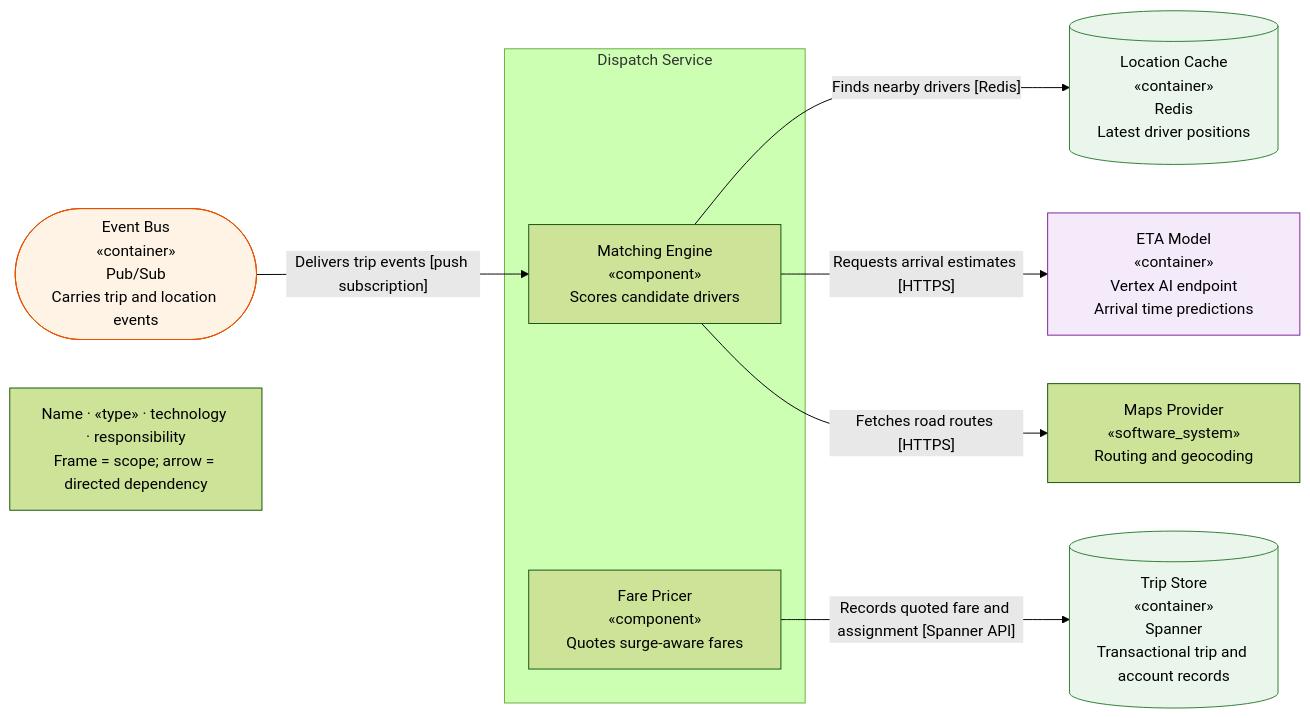
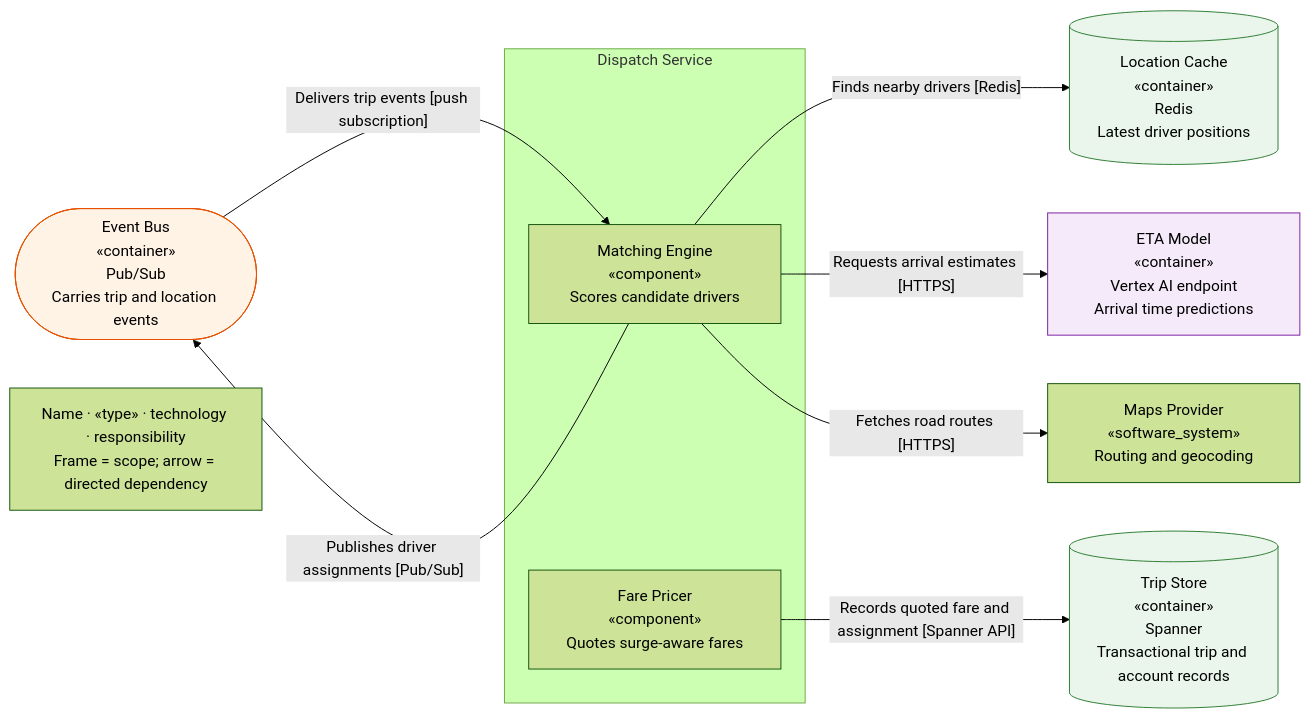
One commit to tyler59simon/architecture-suite-plugin changed the diagram in examples/ride-dispatch/diagrams/03-components/component-dispatch-service.mmd. Above: the diagram before and after it, drawn with Mermaid (forest theme). The commit also changed 42 other files, not shown here.

```diff
--- a/examples/ride-dispatch/diagrams/03-components/component-dispatch-service.mmd
+++ b/examples/ride-dispatch/diagrams/03-components/component-dispatch-service.mmd
@@ -1,21 +1,22 @@
 %% Architecture Suite schema 2.0; portable layout is independent of ELK
 flowchart LR
   n0["Maps Provider#10;«software_system»#10;Routing and geocoding"]
   n1(["Event Bus#10;«container»#10;Pub/Sub#10;Carries trip and location events"])
   style n1 fill:#fff3e6,stroke:#e65100
   n2[("Trip Store#10;«container»#10;Spanner#10;Transactional trip and account records")]
   style n2 fill:#eaf6ec,stroke:#2e7d32
   n3[("Location Cache#10;«container»#10;Redis#10;Latest driver positions")]
   style n3 fill:#eaf6ec,stroke:#2e7d32
   n4["ETA Model#10;«container»#10;Vertex AI endpoint#10;Arrival time predictions"]
   style n4 fill:#f5eafa,stroke:#7b1fa2
   subgraph n5["Dispatch Service"]
     n6["Matching Engine#10;«component»#10;Scores candidate drivers"]
     n7["Fare Pricer#10;«component»#10;Quotes surge-aware fares"]
   end
   n1 -->|"Delivers trip events #91;push subscription#93;"| n6
   n6 -->|"Finds nearby drivers #91;Redis#93;"| n3
   n6 -->|"Requests arrival estimates #91;HTTPS#93;"| n4
   n6 -->|"Fetches road routes #91;HTTPS#93;"| n0
   n7 -->|"Records quoted fare and assignment #91;Spanner API#93;"| n2
+  n6 -->|"Publishes driver assignments #91;Pub/Sub#93;"| n1
   notation_key["Name · «type» · technology · responsibility#10;Frame = scope; arrow = directed dependency"]
```
